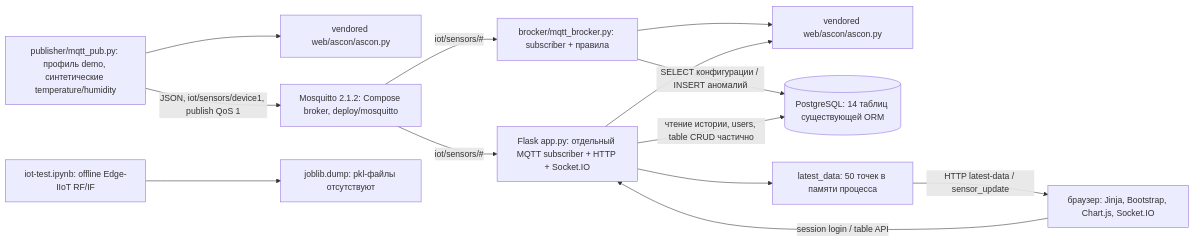
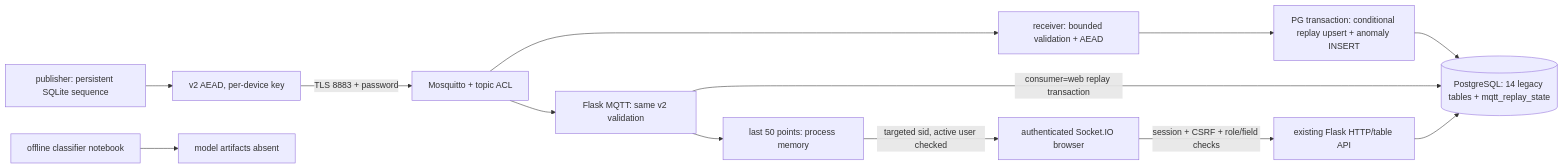
Before and after one commit to OneBumBot/Light-Crypto-Manager: the diagram in docs/CURRENT_ARCHITECTURE.md, drawn with Mermaid. The commit also changed other lines of this file and 10 other files, not shown here.

````diff
--- a/docs/CURRENT_ARCHITECTURE.md
+++ b/docs/CURRENT_ARCHITECTURE.md
@@ -7,26 +7,15 @@
 ```mermaid
 flowchart LR
-    P["publisher/mqtt_pub.py: профиль demo, синтетические temperature/humidity"]
-    E["vendored web/ascon/ascon.py"]
-    B["Mosquitto 2.1.2: Compose broker, deploy/mosquitto"]
-    R["brocker/mqtt_brocker.py: subscriber + правила"]
-    A["vendored web/ascon/ascon.py"]
-    D[("PostgreSQL: 14 таблиц существующей ORM")]
-    W["Flask app.py: отдельный MQTT subscriber + HTTP + Socket.IO"]
-    M["latest_data: 50 точек в памяти процесса"]
-    U["браузер: Jinja, Bootstrap, Chart.js, Socket.IO"]
-    N["iot-test.ipynb: offline Edge-IIoT RF/IF"]
-    F["joblib.dump: pkl-файлы отсутствуют"]
-    P --> E
-    P -->|"JSON, iot/sensors/device1, publish QoS 1"| B
-    B -->|"iot/sensors/#"| R
-    B -->|"iot/sensors/#"| W
-    R --> A
-    W --> A
-    R -->|"SELECT конфигурации / INSERT аномалий"| D
-    W -->|"чтение истории, users, table CRUD частично"| D
-    W --> M
-    M -->|"HTTP latest-data / sensor_update"| U
-    U -->|"session login / table API"| W
-    N --> F
+    S["publisher: persistent SQLite sequence"] --> P["v2 AEAD, per-device key"]
+    P -->|"TLS 8883 + password"| B["Mosquitto + topic ACL"]
+    B --> R["receiver: bounded validation + AEAD"]
+    B --> W["Flask MQTT: same v2 validation"]
+    R --> T["PG transaction: conditional replay upsert + anomaly INSERT"]
+    T --> D[("PostgreSQL: 14 legacy tables + mqtt_replay_state")]
+    W -->|"consumer=web replay transaction"| D
+    W --> M["last 50 points: process memory"]
+    M -->|"targeted sid, active user checked"| U["authenticated Socket.IO browser"]
+    U -->|"session + CSRF + role/field checks"| H["existing Flask HTTP/table API"]
+    H --> D
+    N["offline classifier notebook"] --> F["model artifacts absent"]
 ```
````
